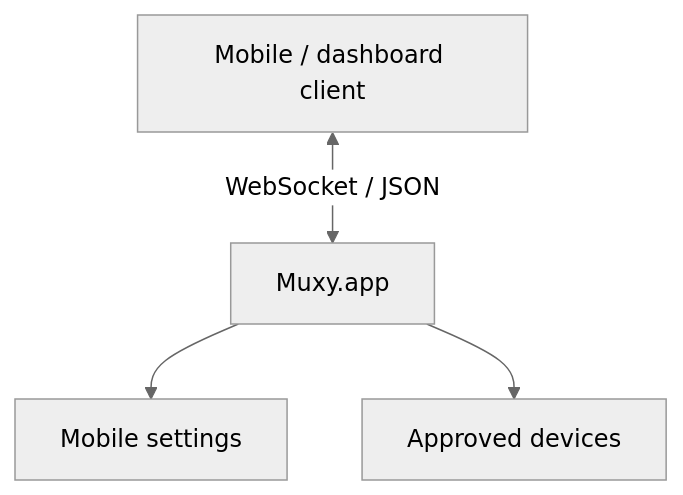
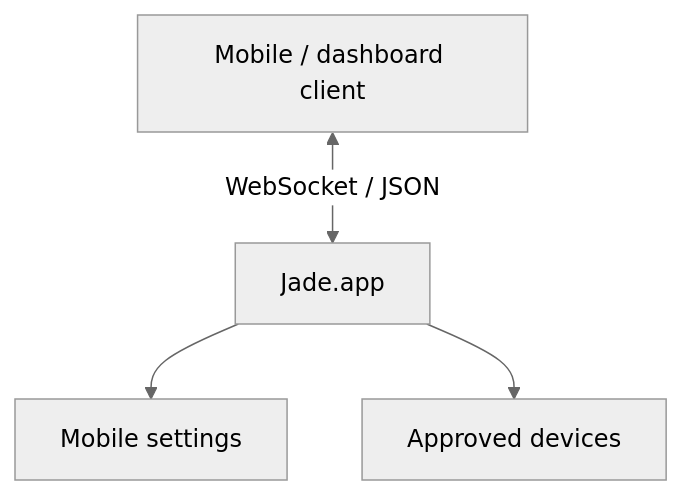
One commit to dot-RealityTest/jade changed the first of 2 diagrams in docs/features/remote-server/README.md. Above: the diagram before and after it, drawn with Mermaid (neutral theme). The commit also changed other lines of this file and 21 other files, not shown here.

Commit message:
Prefer .jade/ project config with .muxy/ fallback and finish Jade naming in UI and docs.

````diff
--- a/docs/features/remote-server/README.md
+++ b/docs/features/remote-server/README.md
@@ -9,7 +9,7 @@
 ```mermaid
 flowchart TB
   Client[Mobile / dashboard client]
-  Client <-->|WebSocket / JSON| Muxy[Muxy.app]
-  Muxy --> Settings[Mobile settings]
-  Muxy --> Approved[Approved devices]
+  Client <-->|WebSocket / JSON| Jade[Jade.app]
+  Jade --> Settings[Mobile settings]
+  Jade --> Approved[Approved devices]
 ```
````
